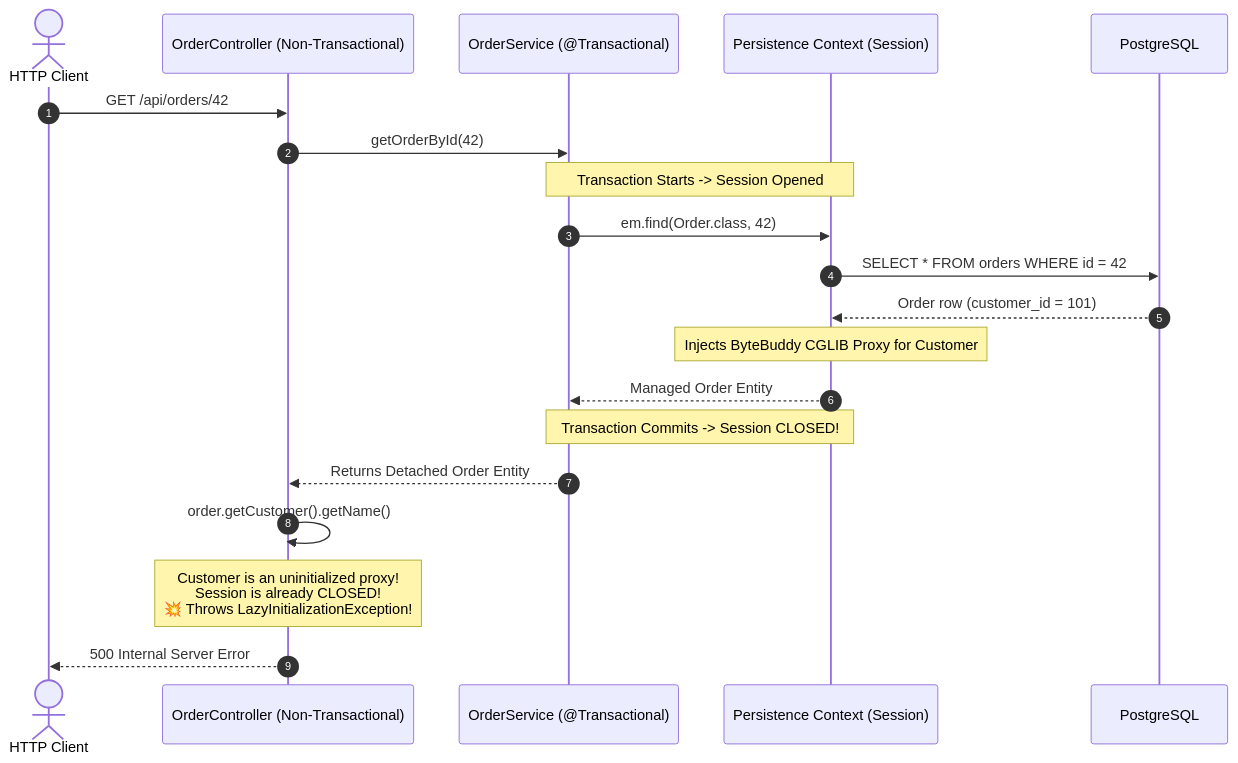
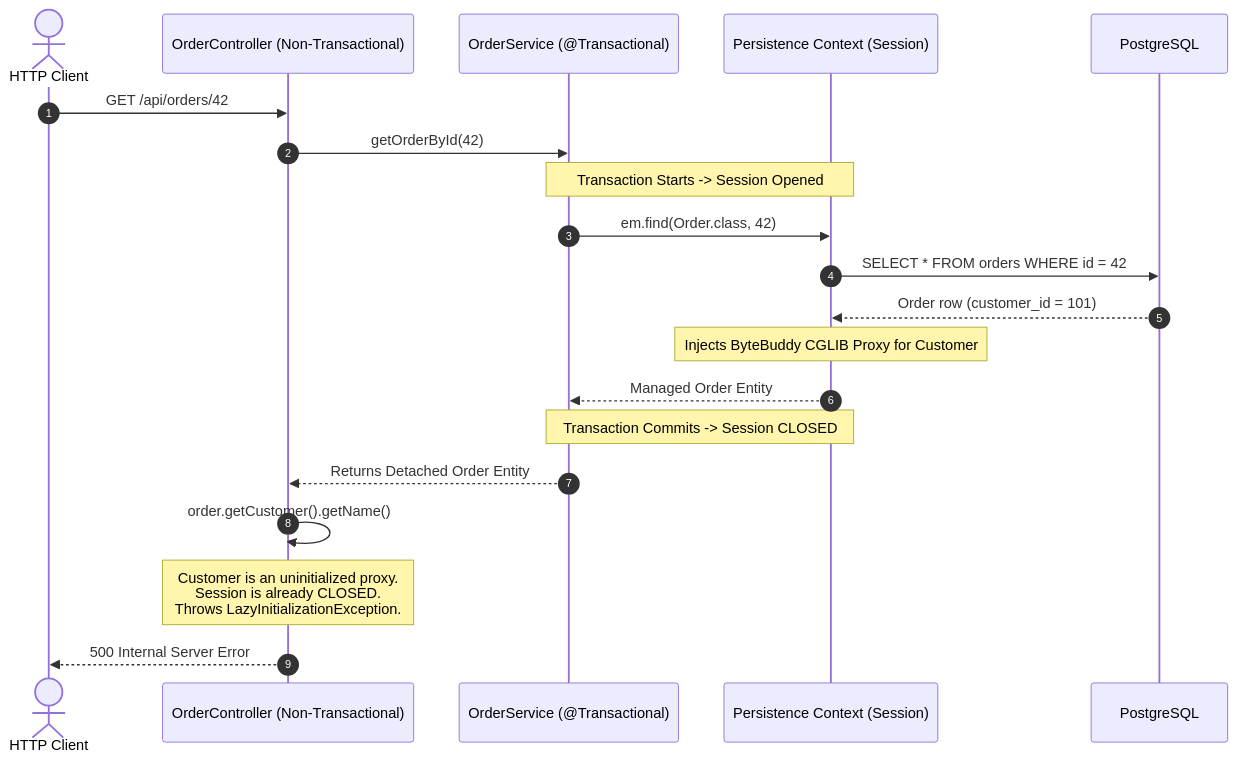
One commit to Rohit1024/spring-boot-mastery changed the first of 2 diagrams in docs/debugging/jpa-n-plus-one-and-lazy-init.md. Above: the diagram before and after it, drawn with Mermaid. The commit also changed other lines of this file and 117 other files, not shown here.

````diff
--- a/docs/debugging/jpa-n-plus-one-and-lazy-init.md
+++ b/docs/debugging/jpa-n-plus-one-and-lazy-init.md
@@ -28,24 +28,24 @@
 ``` mermaid
 sequenceDiagram
     autonumber
     actor Client as HTTP Client
     participant Controller as OrderController (Non-Transactional)
     participant Service as OrderService (@Transactional)
     participant PC as Persistence Context (Session)
     participant DB as PostgreSQL
 
     Client->>Controller: GET /api/orders/42
     Controller->>Service: getOrderById(42)
     Note over Service,PC: Transaction Starts -> Session Opened
     Service->>PC: em.find(Order.class, 42)
     PC->>DB: SELECT * FROM orders WHERE id = 42
     DB-->>PC: Order row (customer_id = 101)
     Note over PC: Injects ByteBuddy CGLIB Proxy for Customer
     PC-->>Service: Managed Order Entity
-    Note over Service,PC: Transaction Commits -> Session CLOSED!
+    Note over Service,PC: Transaction Commits -> Session CLOSED
     Service-->>Controller: Returns Detached Order Entity
 
     Controller->>Controller: order.getCustomer().getName()
-    Note over Controller: Customer is an uninitialized proxy!<br/>Session is already CLOSED!<br/>💥 Throws LazyInitializationException!
+    Note over Controller: Customer is an uninitialized proxy.<br/>Session is already CLOSED.<br/>Throws LazyInitializationException.
     Controller-->>Client: 500 Internal Server Error
 ```
````
